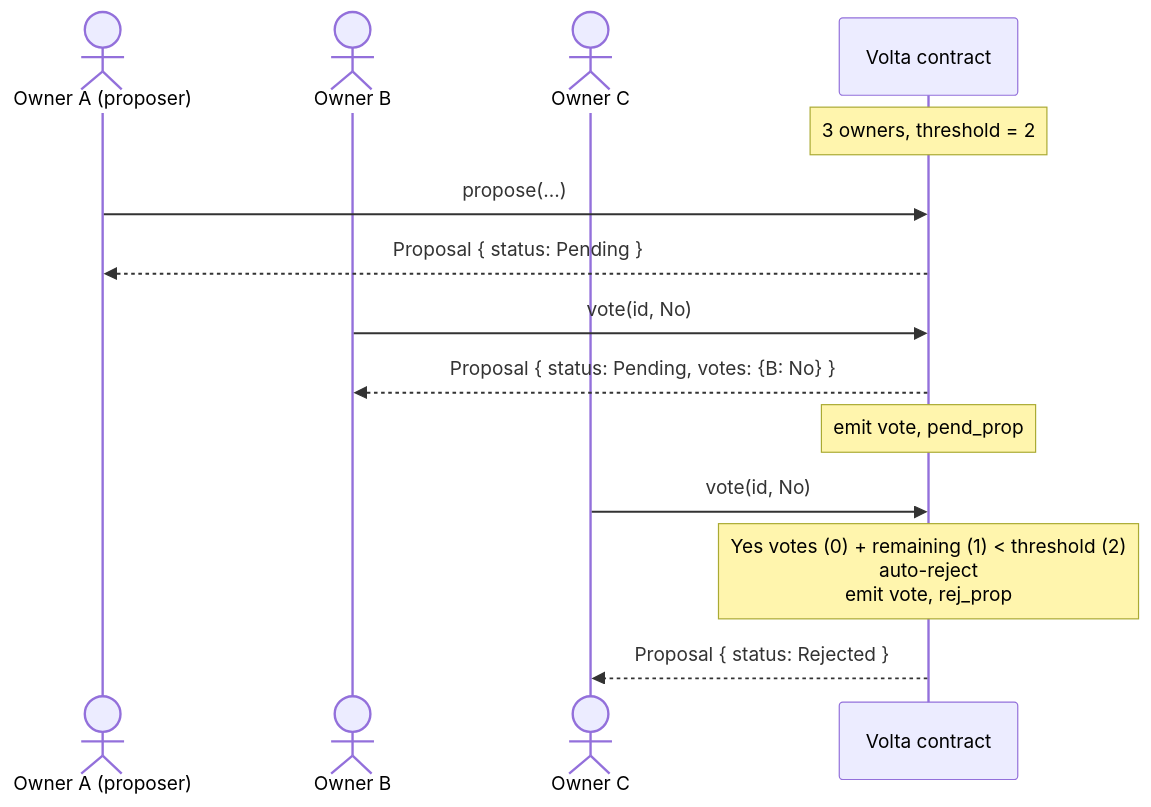
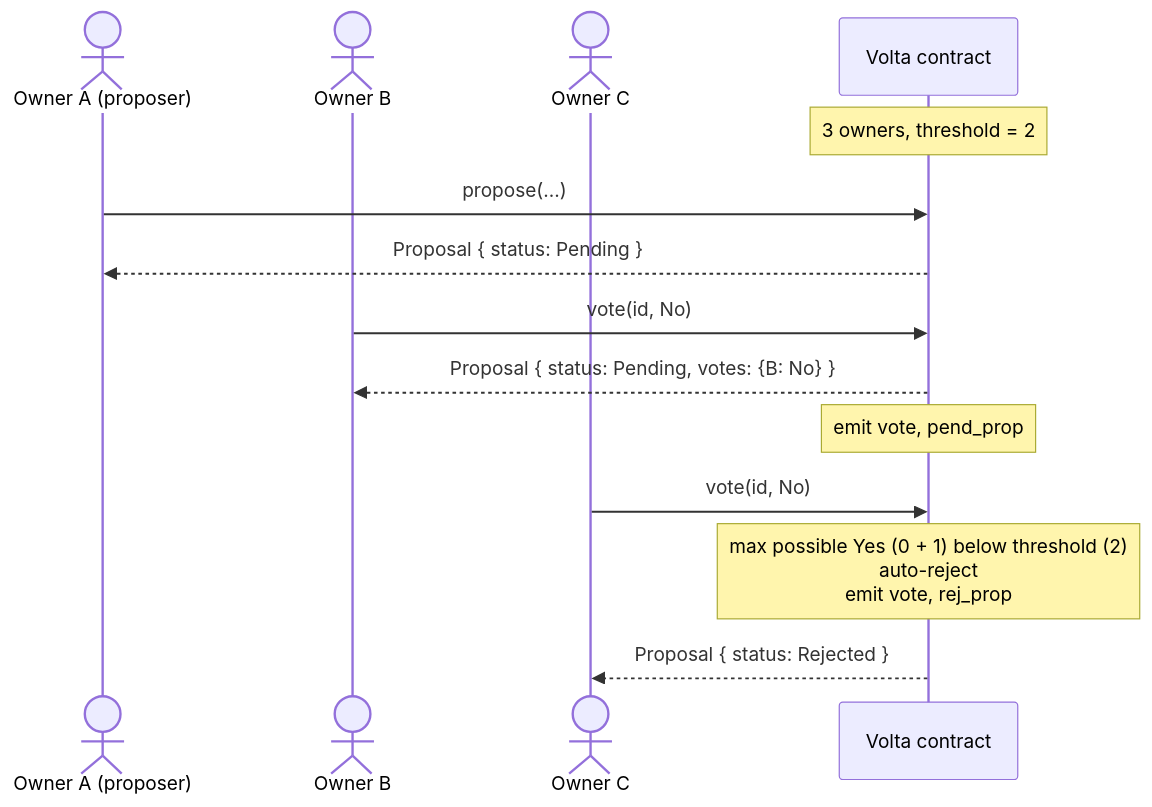
The fourth of 4 diagrams in docs/stellar/index.md (VoltaHQ/docs), drawn with Mermaid before and after one commit.

Commit message:
Fix Mermaid syntax error in rejection-flow note
The '<' in 'remaining (1) < threshold (2)' was being parsed by Mermaid
11 as the start of an HTML tag. Rephrase the note to use 'below'
instead, avoiding the ambiguous character entirely.

````diff
--- a/docs/stellar/index.md
+++ b/docs/stellar/index.md
@@ -143,20 +143,20 @@
 ```mermaid
 sequenceDiagram
     actor A as Owner A (proposer)
     actor B as Owner B
     actor C as Owner C
     participant V as Volta contract
 
     Note over V: 3 owners, threshold = 2
 
     A->>V: propose(...)
     V-->>A: Proposal { status: Pending }
 
     B->>V: vote(id, No)
     V-->>B: Proposal { status: Pending, votes: {B: No} }
     Note over V: emit vote, pend_prop
 
     C->>V: vote(id, No)
-    Note over V: Yes votes (0) + remaining (1) < threshold (2)<br/>auto-reject<br/>emit vote, rej_prop
+    Note over V: max possible Yes (0 + 1) below threshold (2)<br/>auto-reject<br/>emit vote, rej_prop
     V-->>C: Proposal { status: Rejected }
 ```
````
